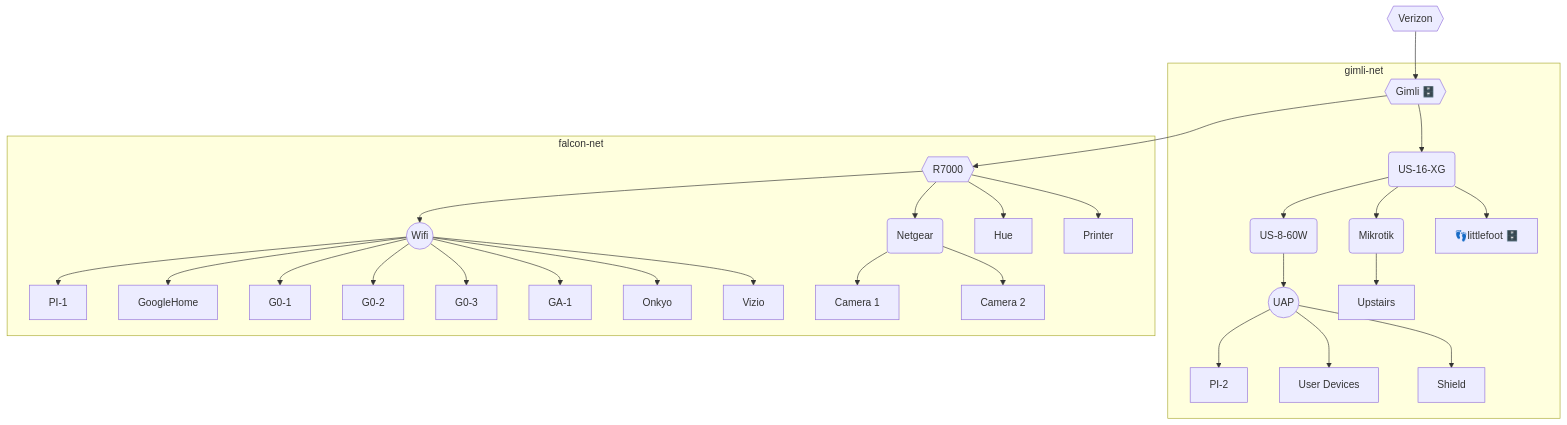
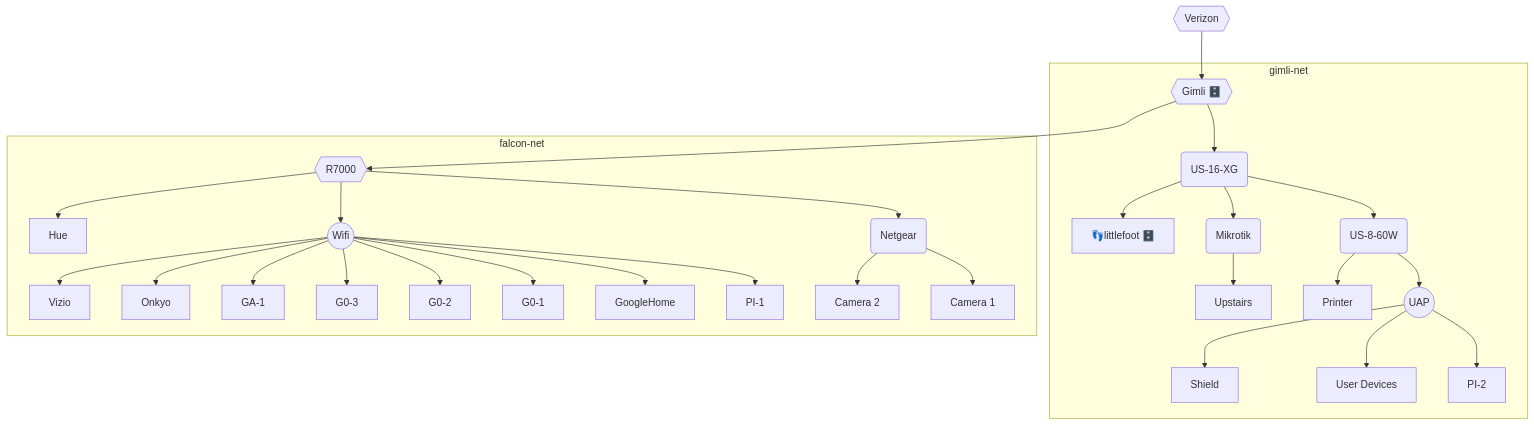
One commit to marklester/lesterlab changed the diagram in net-diagram.md. Above: the diagram before and after it, drawn with Mermaid. The commit also changed 7 other files, not shown here.

````diff
--- a/net-diagram.md
+++ b/net-diagram.md
@@ -1,32 +1,32 @@
 ```mermaid
 graph TD
     V{{Verizon}} -->G{{"Gimli 🗄️"}}
     subgraph gimli-net
         G  --> XG(US-16-XG)
         XG --> U8(US-8-60W)
         XG --> M(Mikrotik)
         XG -->L["👣littlefoot 🗄️"]
         U8 -->UAP((UAP))
         UAP-->PI2[PI-2]
         UAP-->D[User Devices]
         UAP-->SH[Shield]
         M--> UP[Upstairs]
+        U8-->B[Printer]
     end
     subgraph falcon-net
         G-->R{{R7000}}
         R-->N8(Netgear)
         R-->NW((Wifi))
         NW-->PI1[PI-1]
         NW-->G0[GoogleHome]
         NW-->G1[G0-1]
         NW-->G2[G0-2]
         NW-->G3[G0-3]
         NW-->G4[GA-1]
         NW-->OY[Onkyo]
         NW-->VZ[Vizio]
         N8-->C[Camera 1]
         N8-->C2[Camera 2]
         R-->H[Hue]
-        R-->B[Printer]
     end
 ```
````
